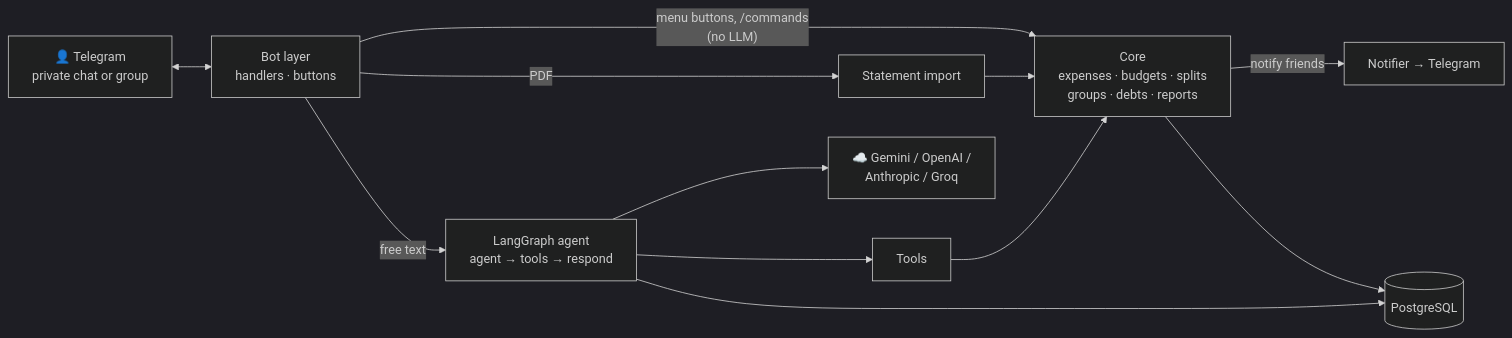
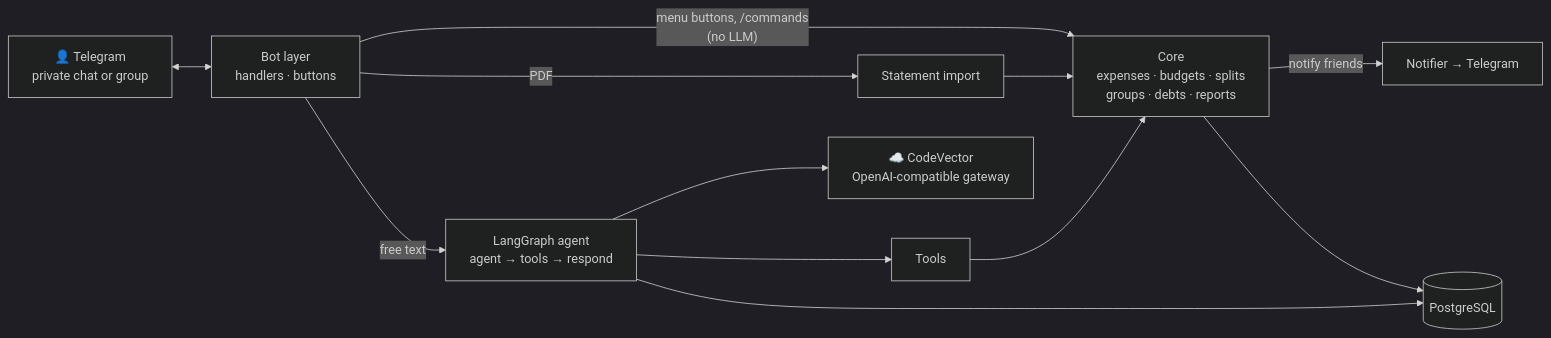
One commit to yeturu-surya-fission/Expense_Tracker changed the diagram in README.md. Above: the diagram before and after it, drawn with Mermaid (dark theme). The commit also changed other lines of this file and 164 other files, not shown here.

````diff
--- a/README.md
+++ b/README.md
@@ -83,12 +83,12 @@
 ```mermaid
 flowchart LR
     U["👤 Telegram<br/>private chat or group"] <--> BOT["Bot layer<br/>handlers · buttons"]
     BOT -->|"free text"| AG["LangGraph agent<br/>agent → tools → respond"]
     BOT -->|"menu buttons, /commands<br/>(no LLM)"| CORE
     BOT -->|"PDF"| ST["Statement import"] --> CORE
     AG --> TOOLS["Tools"] --> CORE["Core<br/>expenses · budgets · splits<br/>groups · debts · reports"]
-    AG --> LLM["☁️ Gemini / OpenAI /<br/>Anthropic / Groq"]
+    AG --> LLM["☁️ CodeVector<br/>OpenAI-compatible gateway"]
     CORE -->|"notify friends"| NOTI["Notifier → Telegram"]
     CORE --> DB[("PostgreSQL")]
     AG --> DB
 ```
````
